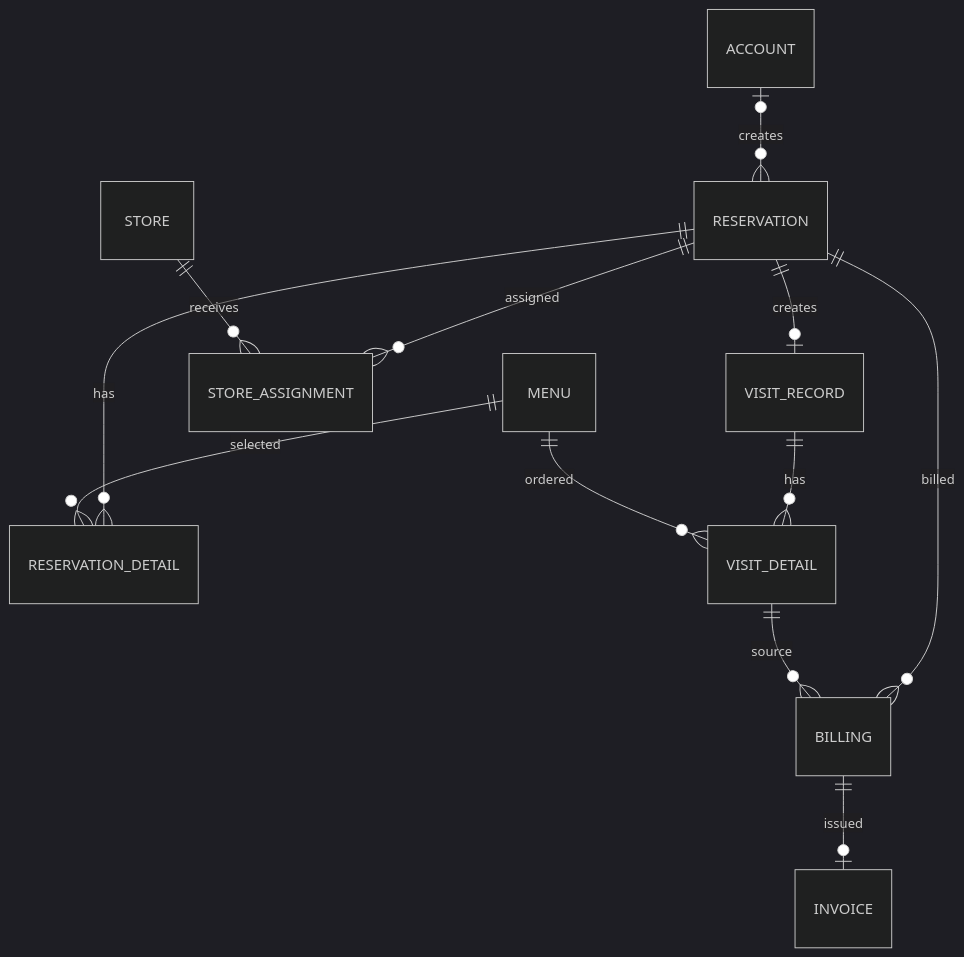
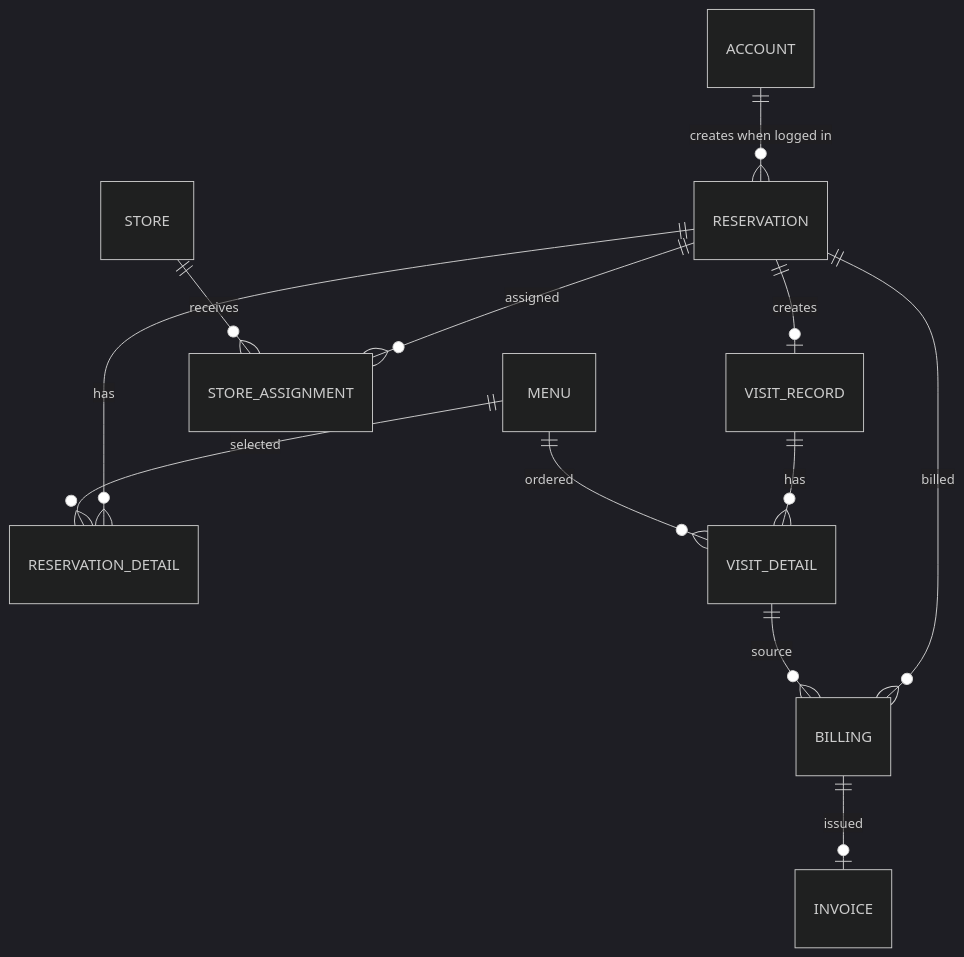
One commit to MichitaroNoge/reservation-system changed the diagram in docs/04-database-design.md. Above: the diagram before and after it, drawn with Mermaid (dark theme). The commit also changed other lines of this file, not shown here.

Commit message:
Document final Account and reservation snapshot rules

````diff
--- a/docs/04-database-design.md
+++ b/docs/04-database-design.md
@@ -100,14 +92,14 @@
 ```mermaid
 erDiagram
-  ACCOUNT o|--o{ RESERVATION : creates
+  ACCOUNT ||--o{ RESERVATION : "creates when logged in"
   RESERVATION ||--o{ RESERVATION_DETAIL : has
   MENU ||--o{ RESERVATION_DETAIL : selected
   RESERVATION ||--o{ STORE_ASSIGNMENT : assigned
   STORE ||--o{ STORE_ASSIGNMENT : receives
   RESERVATION ||--o| VISIT_RECORD : creates
   VISIT_RECORD ||--o{ VISIT_DETAIL : has
   MENU ||--o{ VISIT_DETAIL : ordered
   RESERVATION ||--o{ BILLING : billed
   VISIT_DETAIL ||--o{ BILLING : source
   BILLING ||--o| INVOICE : issued
 ```
````
